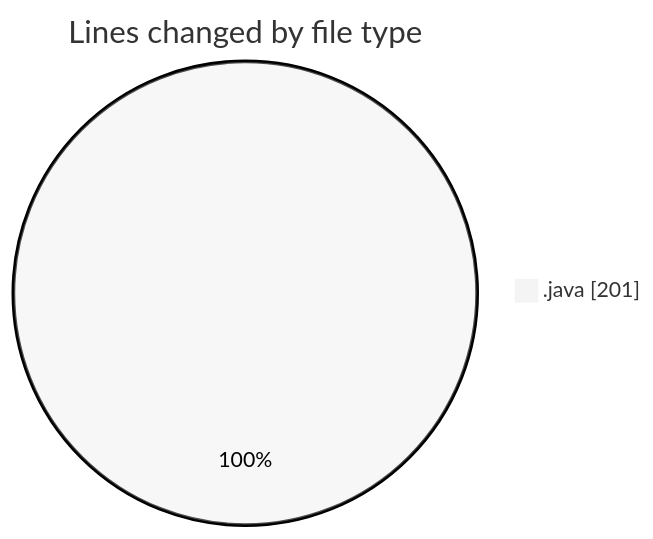
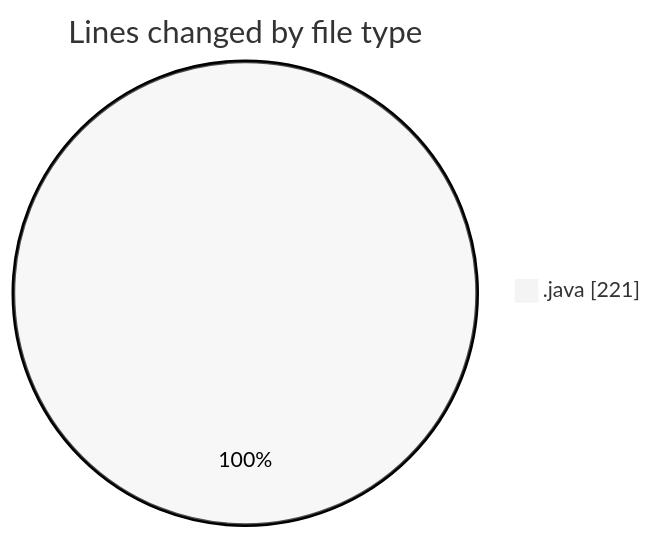
The first of 2 diagrams in 2026-04-30/cilapp/README.md (ricardozamudiocil/code-tracking), drawn with Mermaid (neutral theme) before and after one commit. The commit also changed other lines of this file and 1 other file, not shown here.

````diff
--- a/2026-04-30/cilapp/README.md
+++ b/2026-04-30/cilapp/README.md
@@ -22,5 +22,5 @@
 ```mermaid
 pie showData
 title Lines changed by file type
-".java" : 201
+".java" : 221
 ```
````
